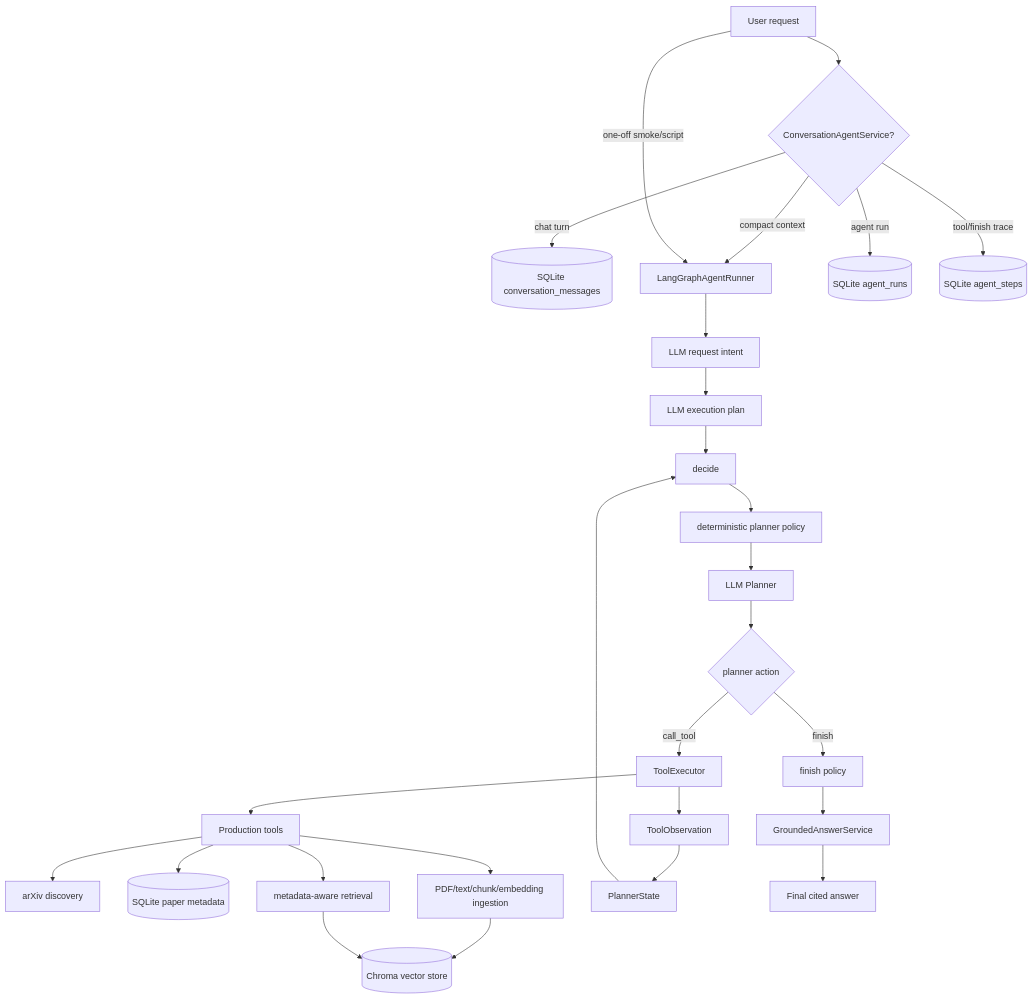
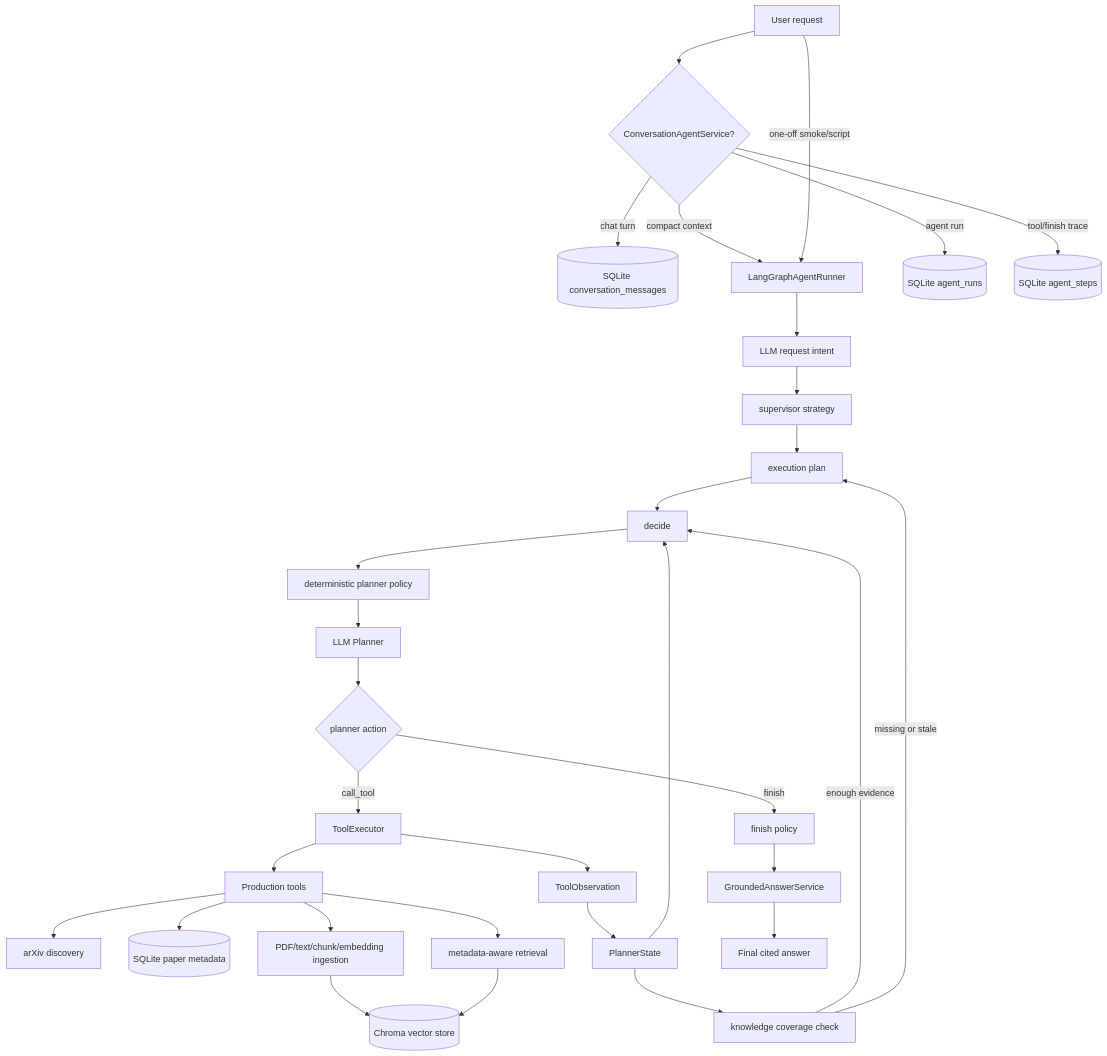
Before and after one commit to kdnehihi/agentic-AI-research-assistant: the diagram in README.md, drawn with Mermaid. The commit also changed other lines of this file and 17 other files, not shown here.

Commit message:
Improve supervisor routing and knowledge coverage

````diff
--- a/README.md
+++ b/README.md
@@ -135,34 +137,38 @@
 ```mermaid
 flowchart TD
     user[User request] --> service{ConversationAgentService?}
     service -->|chat turn| messages[(SQLite conversation_messages)]
     service -->|compact context| lg_runner[LangGraphAgentRunner]
     user -->|one-off smoke/script| lg_runner
 
     lg_runner --> intent[LLM request intent]
-    intent --> plan[LLM execution plan]
+    intent --> strategy[supervisor strategy]
+    strategy --> plan[execution plan]
     plan --> decide[decide]
     decide --> policy[deterministic planner policy]
     policy --> planner[LLM Planner]
     planner --> action{planner action}
 
     action -->|call_tool| executor[ToolExecutor]
     executor --> tools[Production tools]
     tools --> arxiv[arXiv discovery]
     tools --> kb[(SQLite paper metadata)]
     tools --> ingest[PDF/text/chunk/embedding ingestion]
     ingest --> vector[(Chroma vector store)]
     tools --> retrieval[metadata-aware retrieval]
     retrieval --> vector
 
     executor --> observation[ToolObservation]
     observation --> state[PlannerState]
+    state --> coverage[knowledge coverage check]
+    coverage -->|enough evidence| decide
+    coverage -->|missing or stale| plan
     state --> decide
 
     action -->|finish| finish[finish policy]
     finish --> answer[GroundedAnswerService]
     answer --> final[Final cited answer]
 
     service -->|agent run| runs[(SQLite agent_runs)]
     service -->|tool/finish trace| steps[(SQLite agent_steps)]
 ```
````
